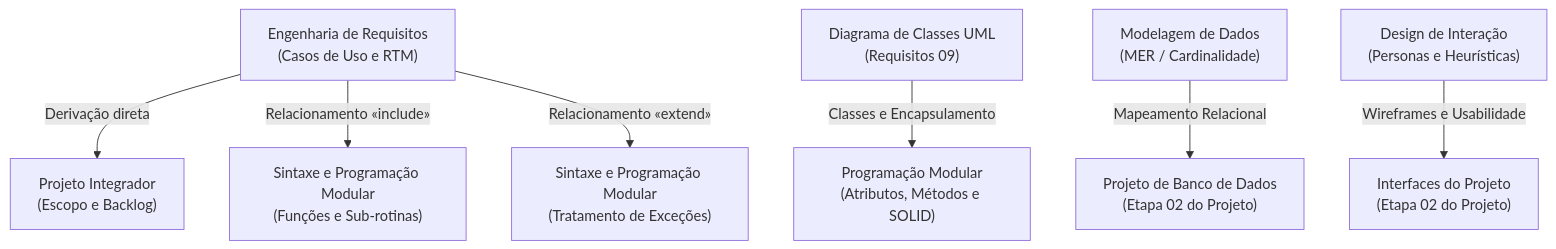
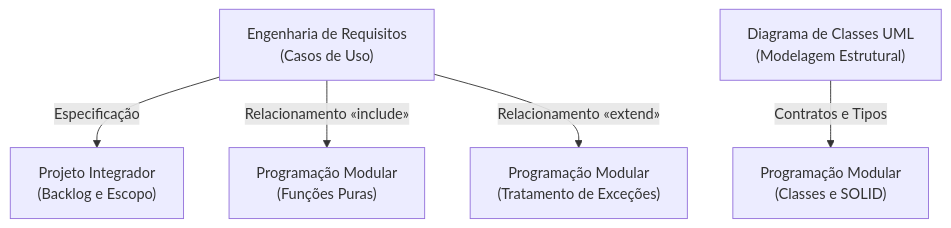
The first of 2 diagrams in 00. Geral/Mapa de aprendizagem do semestre.md (leorruas/puc), drawn with Mermaid before and after one commit. The commit also changed other lines of this file and 5 other files, not shown here.

Commit message:
feat(web-app): promote learning roadmap to top-level nav and refine evidence-based states

````diff
--- a/00. Geral/Mapa de aprendizagem do semestre.md
+++ b/00. Geral/Mapa de aprendizagem do semestre.md
@@ -64,9 +66,7 @@
 ```mermaid
 flowchart TD
-    Req["Engenharia de Requisitos<br>(Casos de Uso e RTM)"] -->|"Derivação direta"| Proj["Projeto Integrador<br>(Escopo e Backlog)"]
-    Req -->|"Relacionamento «include»"| SubRot["Sintaxe e Programação Modular<br>(Funções e Sub-rotinas)"]
-    Req -->|"Relacionamento «extend»"| Excep["Sintaxe e Programação Modular<br>(Tratamento de Exceções)"]
-    ReqUML["Diagrama de Classes UML<br>(Requisitos 09)"] -->|"Classes e Encapsulamento"| POO["Programação Modular<br>(Atributos, Métodos e SOLID)"]
-    MER["Modelagem de Dados<br>(MER / Cardinalidade)"] -->|"Mapeamento Relacional"| SQLProj["Projeto de Banco de Dados<br>(Etapa 02 do Projeto)"]
-    IHC["Design de Interação<br>(Personas e Heurísticas)"] -->|"Wireframes e Usabilidade"| UIProj["Interfaces do Projeto<br>(Etapa 02 do Projeto)"]
+    Req["Engenharia de Requisitos<br>(Casos de Uso)"] -->|"Especificação"| ProjBacklog["Projeto Integrador<br>(Backlog e Escopo)"]
+    Req -->|"Relacionamento «include»"| SubRot["Programação Modular<br>(Funções Puras)"]
+    Req -->|"Relacionamento «extend»"| Excep["Programação Modular<br>(Tratamento de Exceções)"]
+    UMLClasses["Diagrama de Classes UML<br>(Modelagem Estrutural)"] -->|"Contratos e Tipos"| POO["Programação Modular<br>(Classes e SOLID)"]
 ```
````
